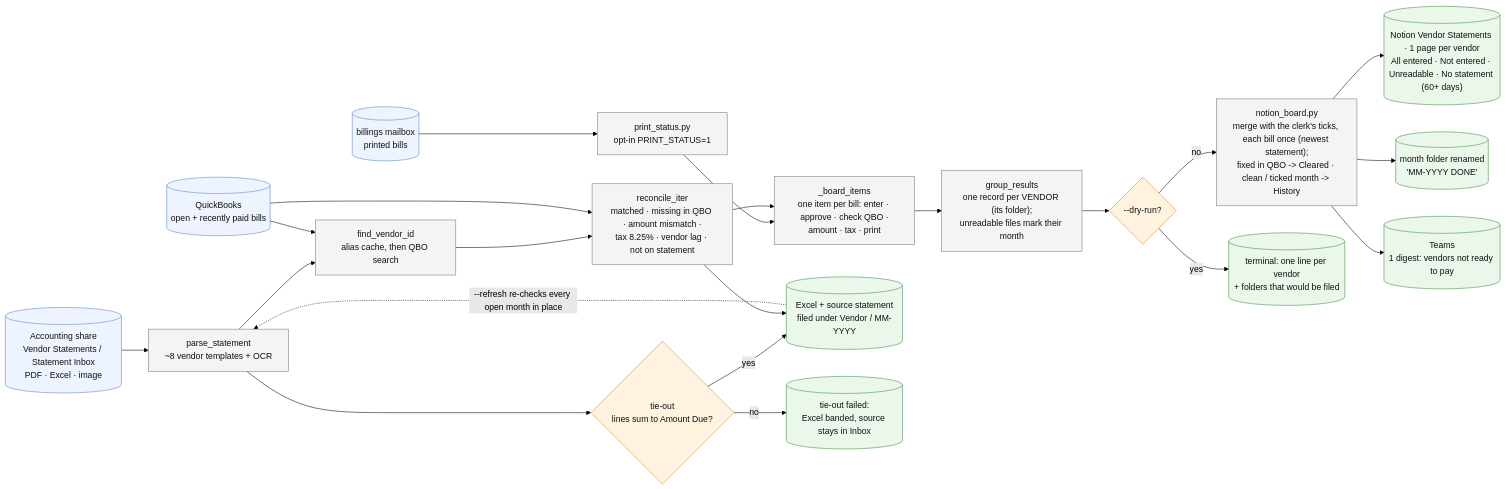
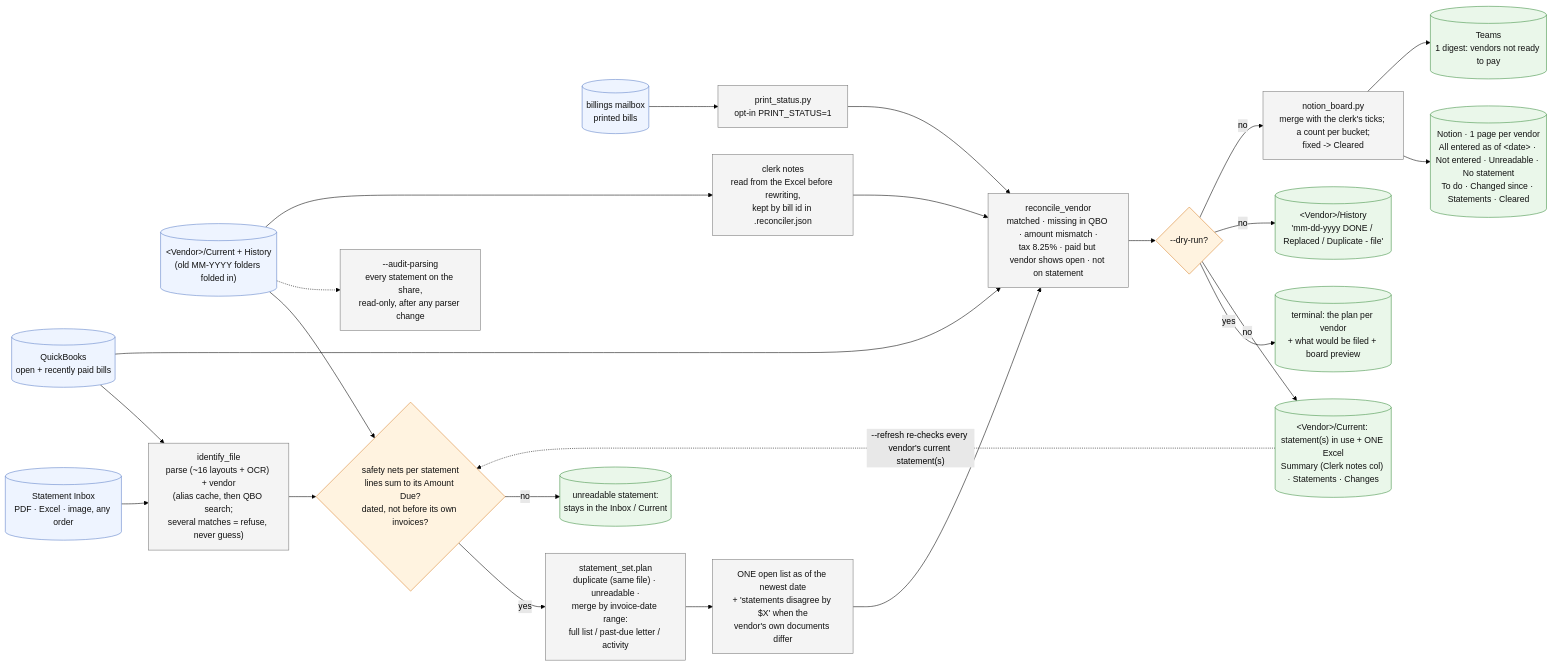
Before and after one commit to Ecarlo-Proficient/Claude-Report: the diagram in statement-reconciler/FLOW.md, drawn with Mermaid (forest theme). The commit also changed other lines of this file and 10 other files, not shown here.

````diff
--- a/statement-reconciler/FLOW.md
+++ b/statement-reconciler/FLOW.md
@@ -10,43 +12,48 @@
 ```mermaid
 flowchart LR
     classDef src fill:#eef4ff,stroke:#5b7fc7,color:#111
     classDef tool fill:#f4f4f4,stroke:#777,color:#111
     classDef gate fill:#fff3e0,stroke:#d9822b,color:#111
     classDef out fill:#eaf7ea,stroke:#3c8d40,color:#111
 
-    INBOX[("Accounting share<br/>Vendor Statements / Statement Inbox<br/>PDF · Excel · image")]:::src
+    INBOX[("Statement Inbox<br/>PDF · Excel · image, any order")]:::src
+    FILED[("&lt;Vendor&gt;/Current + History<br/>(old MM-YYYY folders folded in)")]:::src
     QBO[("QuickBooks<br/>open + recently paid bills")]:::src
     MBX[("billings mailbox<br/>printed bills")]:::src
 
-    PARSE["parse_statement<br/>~8 vendor templates + OCR"]:::tool
-    VEND["find_vendor_id<br/>alias cache, then QBO search"]:::tool
-    TIE{"tie-out<br/>lines sum to Amount Due?"}:::gate
-    REC["reconcile_iter<br/>matched · missing in QBO · amount mismatch ·<br/>tax 8.25% · vendor lag · not on statement"]:::tool
+    ID["identify_file<br/>parse (~16 layouts + OCR) + vendor<br/>(alias cache, then QBO search;<br/>several matches = refuse, never guess)"]:::tool
+    TIE{"safety nets per statement<br/>lines sum to its Amount Due?<br/>dated, not before its own invoices?"}:::gate
+    AUD["--audit-parsing<br/>every statement on the share,<br/>read-only, after any parser change"]:::tool
+    SET["statement_set.plan<br/>duplicate (same file) · unreadable ·<br/>merge by invoice-date range:<br/>full list / past-due letter / activity"]:::tool
+    MERGED["ONE open list as of the newest date<br/>+ 'statements disagree by $X' when the<br/>vendor's own documents differ"]:::tool
+    NOTES["clerk notes<br/>read from the Excel before rewriting,<br/>kept by bill id in .reconciler.json"]:::tool
+    REC["reconcile_vendor<br/>matched · missing in QBO · amount mismatch ·<br/>tax 8.25% · paid but vendor shows open · not on statement"]:::tool
     PS["print_status.py<br/>opt-in PRINT_STATUS=1"]:::tool
-    ITEMS["_board_items<br/>one item per bill: enter · approve · check QBO ·<br/>amount · tax · print"]:::tool
-    GRP["group_results<br/>one record per VENDOR (its folder);<br/>unreadable files mark their month"]:::tool
-    NB["notion_board.py<br/>merge with the clerk's ticks, each bill once (newest statement);<br/>fixed in QBO -> Cleared · clean / ticked month -> History"]:::tool
+    NB["notion_board.py<br/>merge with the clerk's ticks; a count per bucket;<br/>fixed -> Cleared"]:::tool
     PREV{"--dry-run?"}:::gate
 
-    XLSX[("Excel + source statement<br/>filed under Vendor / MM-YYYY")]:::out
-    HELD[("tie-out failed:<br/>Excel banded, source stays in Inbox")]:::out
-    PAGE[("Notion Vendor Statements · 1 page per vendor<br/>All entered · Not entered · Unreadable · No statement (60+ days)")]:::out
-    DONE[("month folder renamed<br/>'MM-YYYY DONE'")]:::out
+    XLSX[("&lt;Vendor&gt;/Current: statement(s) in use + ONE Excel<br/>Summary (Clerk notes col) · Statements · Changes")]:::out
+    HIST[("&lt;Vendor&gt;/History<br/>'mm-dd-yyyy DONE / Replaced / Duplicate - file'")]:::out
+    HELD[("unreadable statement:<br/>stays in the Inbox / Current")]:::out
+    PAGE[("Notion · 1 page per vendor<br/>All entered as of &lt;date&gt; · Not entered · Unreadable · No statement<br/>To do · Changed since · Statements · Cleared")]:::out
     TEAMS[("Teams<br/>1 digest: vendors not ready to pay")]:::out
-    PRINT[("terminal: one line per vendor<br/>+ folders that would be filed")]:::out
+    PRINT[("terminal: the plan per vendor<br/>+ what would be filed + board preview")]:::out
 
-    INBOX --> PARSE --> VEND --> REC
-    QBO --> VEND
+    INBOX --> ID --> TIE
+    FILED --> TIE
+    QBO --> ID
+    TIE -- yes --> SET
+    TIE -- no --> HELD
+    FILED -.-> AUD
+    SET --> MERGED --> REC
     QBO --> REC
-    PARSE --> TIE
-    TIE -- yes --> XLSX
-    TIE -- no --> HELD
-    REC --> XLSX
-    MBX --> PS --> ITEMS
-    REC --> ITEMS --> GRP --> PREV
+    FILED --> NOTES --> REC
+    MBX --> PS --> REC
+    REC --> PREV
     PREV -- yes --> PRINT
+    PREV -- no --> XLSX
+    PREV -- no --> HIST
     PREV -- no --> NB --> PAGE
-    NB --> DONE
     NB --> TEAMS
-    XLSX -. "--refresh re-checks every open month in place" .-> PARSE
+    XLSX -. "--refresh re-checks every vendor's current statement(s)" .-> TIE
 ```
````
